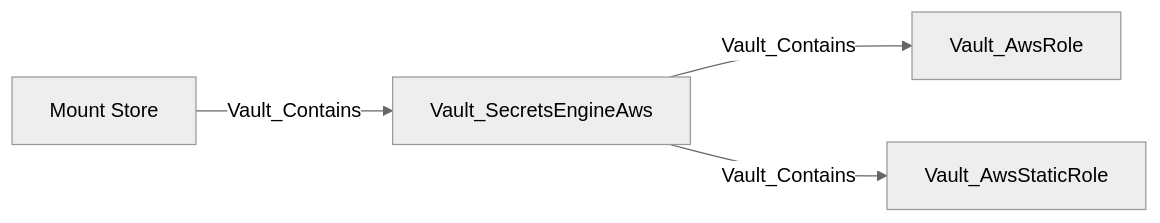
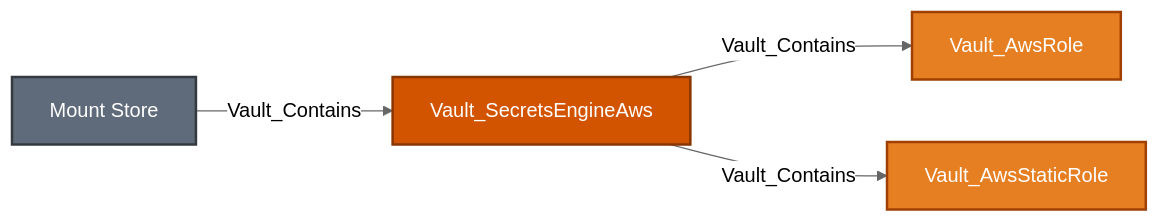
Before and after one commit to bytewreck/opengraph-vault: the second of 29 diagrams in Documentation/stores/MOUNTS.md, drawn with Mermaid (neutral theme). The commit also changed other lines of this file and 4 other files, not shown here.

````diff
--- a/Documentation/stores/MOUNTS.md
+++ b/Documentation/stores/MOUNTS.md
@@ -90,6 +96,10 @@
 ```mermaid
 flowchart LR
-    store[Mount Store] -->|Vault_Contains| mount[Vault_SecretsEngineAws]
-    mount -->|Vault_Contains| dynamic[Vault_AwsRole]
-    mount -->|Vault_Contains| static[Vault_AwsStaticRole]
+    store[Mount Store]:::storeNode -->|Vault_Contains| mount[Vault_SecretsEngineAws]:::mountNode
+    mount -->|Vault_Contains| dynamic[Vault_AwsRole]:::secretObjectNode
+    mount -->|Vault_Contains| static[Vault_AwsStaticRole]:::secretObjectNode
+
+    classDef storeNode fill:#5F6B7A,color:#fff,stroke:#343A40,stroke-width:2px
+    classDef mountNode fill:#D35400,color:#fff,stroke:#873600,stroke-width:2px
+    classDef secretObjectNode fill:#E67E22,color:#fff,stroke:#A04000,stroke-width:2px
 ```
````
